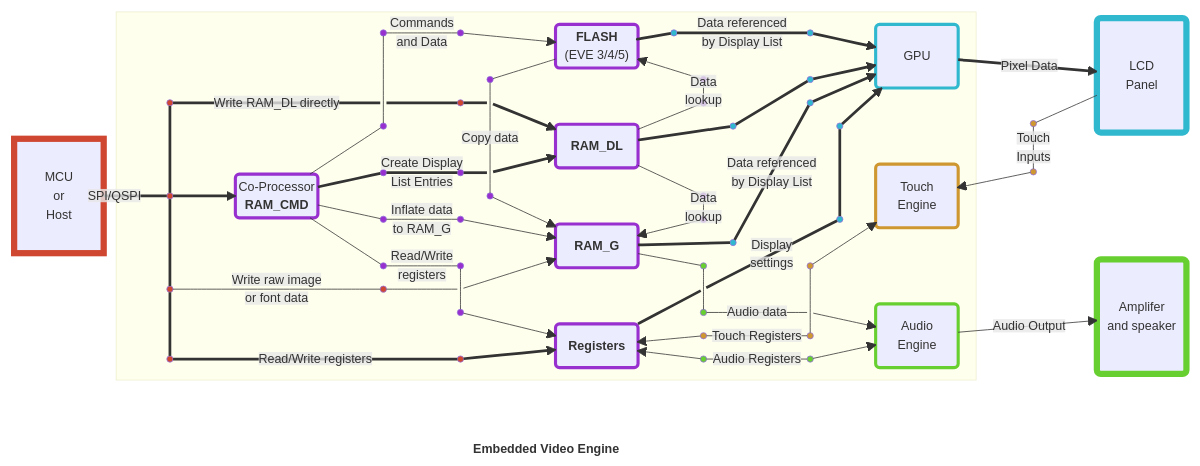
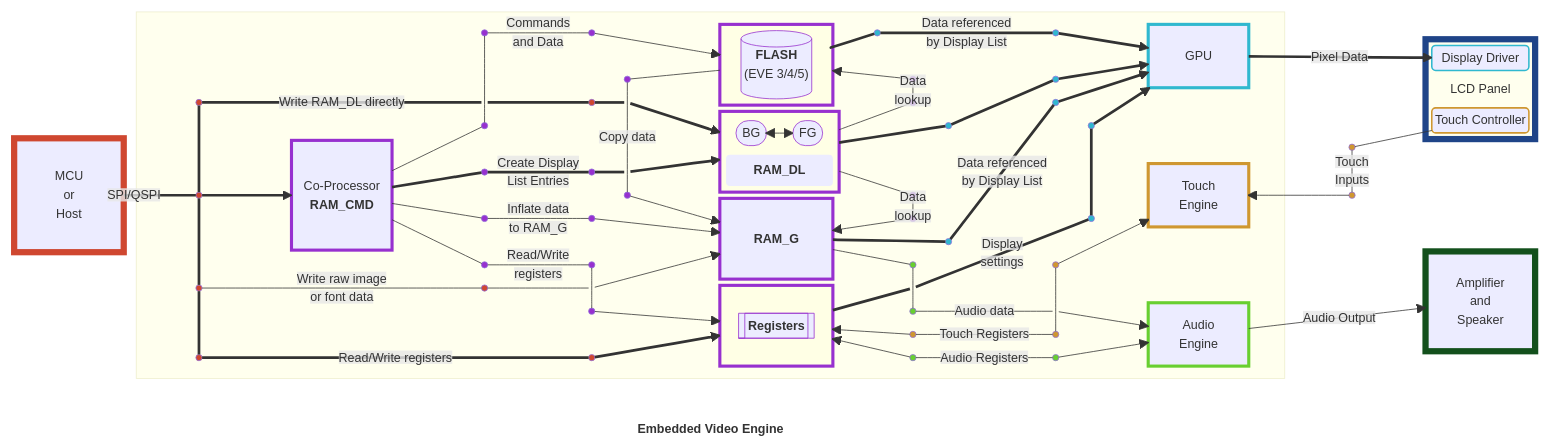
Before and after one commit to Bridgetek/Eve-MCU-Dev: diagram 13 of 14 in README.md, drawn with Mermaid.

Commit message:
update data paths diagram

````diff
--- a/README.md
+++ b/README.md
@@ -864,13 +864,13 @@
 ```mermaid
 block
-  columns 11
+  columns 12
     block:HOST_LAYER[" "]:1
         columns 1
         space
         HOST["MCU<br>or<br>Host"]
         space
     end
-    block:EVE["<br><br><br><br><br><br><br><br><br><br><br><br><br><br><br><br><br><br><br><br><br><br><br><br><br><br><br><b>Embedded Video Engine "]:8
+    block:EVE["<br><br><br><br><br><br><br><br><br><br><br><br><br><br><br><br><br><br><br><br><br><br><br><br><br><b>Embedded Video Engine "]:9
         block:CONN1
             columns 1
             space:3 X4((" ")) space:3 X8((" ")) space:3 X12((" ")) space:2 X15((" "))
@@ -878,7 +878,7 @@
         block:COPRO
             columns 1
             space
-            coproc("Co-Processor<br><b>RAM_CMD</b>")
+            coproc["Co-Processor<br><b>RAM_CMD</b>"]
             space  
         end
         block:CONN2
@@ -893,13 +893,22 @@
         end
         block:INTERNALS
             columns 1
-            flash("<b>FLASH</b><br>(EVE 3/4/5)")
-            space
-            ram_dl("<b>RAM_DL</b>")
-            space
-            ram_g("<b>RAM_G</b>")
-            space
-            registers("<b>Registers</b>")
+            block:flash[" "]
+            columns 1
+                flashtitle[("<b>FLASH</b><br>(EVE 3/4/5)")]
+            end
+            block:ram_dl(" ")
+            columns 2
+                BG(["BG"]):1
+                FG(["FG"]):1
+                dltitle("<b>RAM_DL</b>"):2
+                BG <---> FG
+            end
+            ram_g["<b>RAM_G</b>"]
+            block:registers[" "]
+            columns 1
+                reg[["<b>Registers"]]
+            end
         end
         block:CONN4
             columns 3
@@ -915,22 +924,27 @@
         end
         block:ENGINES
             columns 1
-            gpu("GPU")
+            gpu["GPU"]
             space
-            touch("Touch<br>Engine")
+            touch["Touch<br>Engine"]
             space
-            audio("Audio<br>Engine")
+            audio["Audio<br>Engine"]
         end
     end
     block:CONN6:1
         columns 1
-        space:4 X165((" ")) space X166((" ")) space:8
+        space:5 X165((" ")) space X166((" ")) space:7
     end
     block:OUTPUT_LAYER[" "]:1
         columns 1
-        LCD ("LCD<br>Panel")
+        block:LCDPANEL[" "]
+            columns 1
+            lcd("Display Driver")
+            lcdtitle ("LCD Panel")
+            touchout("Touch Controller")
+        end
         space
-        SPEAKER ("Amplifer<br>and speaker")
+        SPEAKER["Amplifier<br>and<br>Speaker"]
     end
 
 %% copro connections
@@ -1029,11 +1043,11 @@
 
 %% output connections
 %%gpu to LCD
-gpu =="Pixel Data"==> LCD
+gpu =="Pixel Data"==> lcd
 
 %% touch to LCD
 touch <--- X166
-X165 --- LCD 
+X165 --- touchout 
 X166 --"Touch<br>Inputs"--- X165
 
 %% audio to speaker
@@ -1055,16 +1069,24 @@
 
 %% boxes
 style HOST stroke:#cf4730,stroke-width:8px
-style LCD stroke:#30b8cf,stroke-width:8px
+style LCDPANEL stroke:#1f4488,stroke-width:8px
 style gpu stroke:#30b8cf,stroke-width:4px
 style touch stroke:#cf9730,stroke-width:4px
-style SPEAKER stroke:#68cf30,stroke-width:8px
+style SPEAKER stroke:#13501c,stroke-width:8px
 style audio stroke:#68cf30,stroke-width:4px
 style coproc stroke:#9730cf,stroke-width:4px
 style flash stroke:#9730cf,stroke-width:4px
 style ram_dl stroke:#9730cf,stroke-width:4px
 style ram_g stroke:#9730cf,stroke-width:4px
 style registers stroke:#9730cf,stroke-width:4px
+style touchout stroke:#cf9730,stroke-width:2px
+style lcd stroke:#30b8cf,stroke-width:2px
+style lcdtitle fill:none, stroke:none
+style dltitle stroke:none
+style BG stroke:#9730cf,stroke-width:1px
+style FG stroke:#9730cf,stroke-width:1px
+style flashtitle stroke:#9730cf,stroke-width:1px
+style reg stroke:#9730cf,stroke-width:1px
 
 %%connections
 style X4 fill:#cf4730
````
